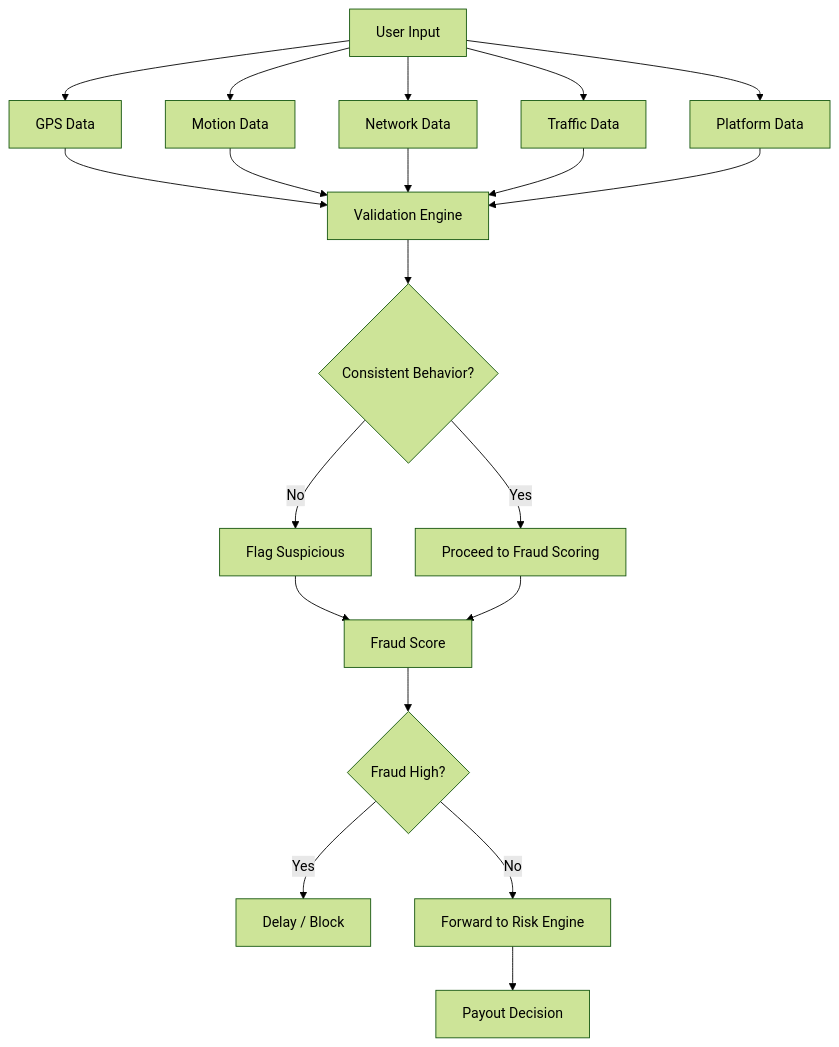
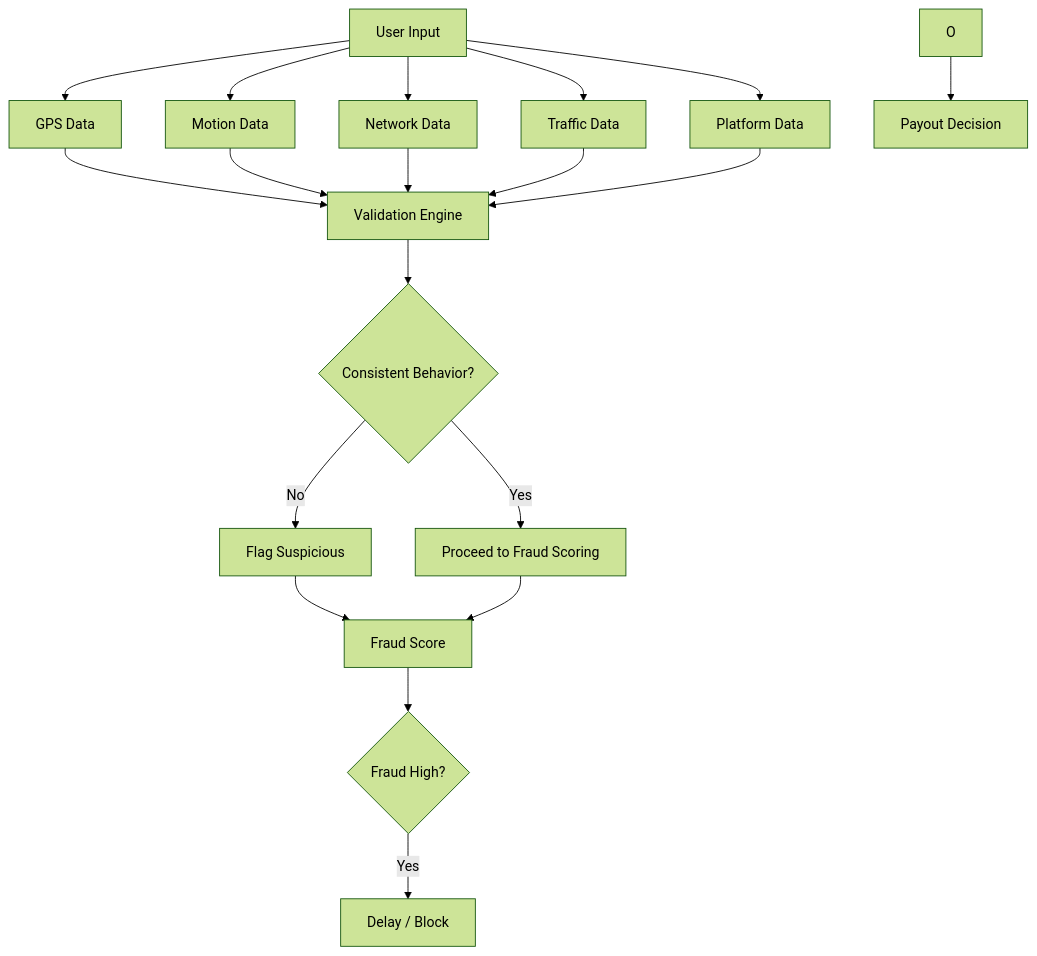
Before and after one commit to ed6095-web/Guidewire-DEVTrails-2026: the fifth of 5 diagrams in README.md, drawn with Mermaid (forest theme). The commit also changed other lines of this file, not shown here.

````diff
--- a/README.md
+++ b/README.md
@@ -235,29 +235,28 @@
 ```mermaid
 flowchart TD
 A[User Input] --> B[GPS Data]
 A --> C[Motion Data]
 A --> D[Network Data]
 A --> E[Traffic Data]
 A --> F[Platform Data]
 
 B --> G[Validation Engine]
 C --> G
 D --> G
 E --> G
 F --> G
 
 G --> H{Consistent Behavior?}
 
 H -- No --> J[Flag Suspicious]
 H -- Yes --> K[Proceed to Fraud Scoring]
 
 J --> L[Fraud Score]
 K --> L
 
 L --> M{Fraud High?}
 
 M -- Yes --> N[Delay / Block]
-M -- No --> O[Forward to Risk Engine]
 
 O --> P[Payout Decision]
 ```
````
